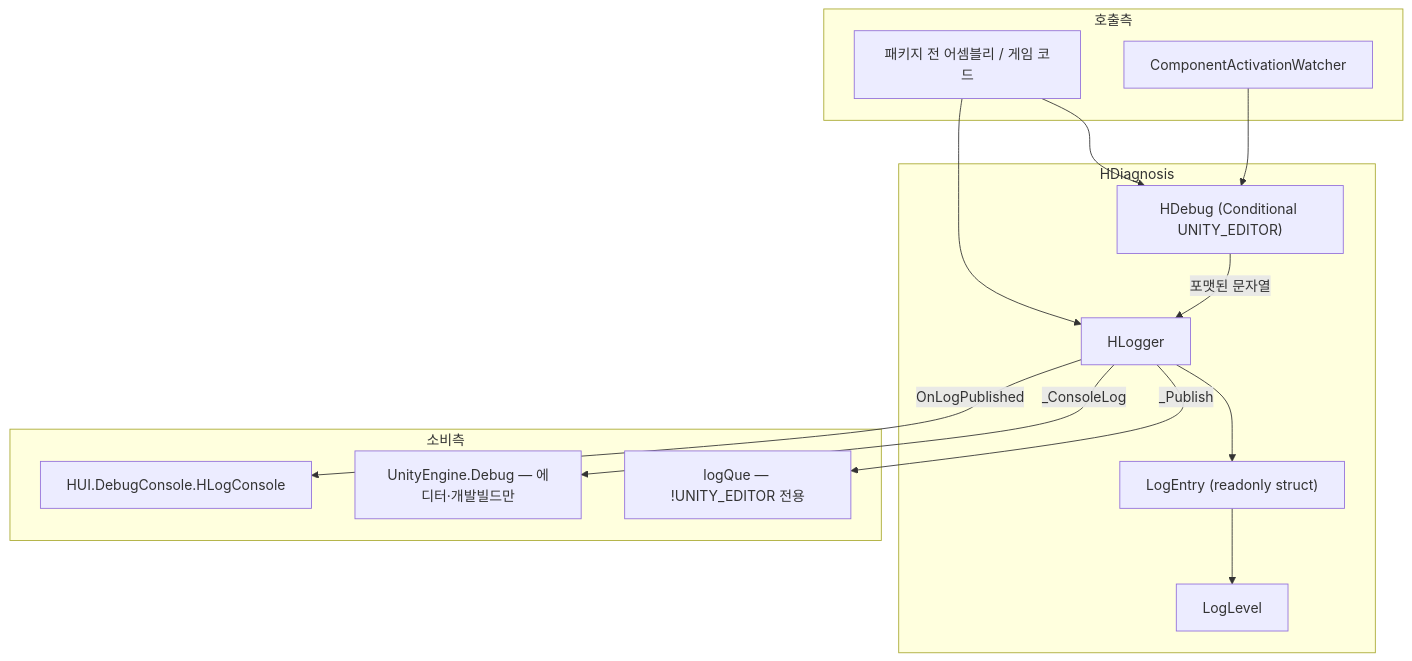
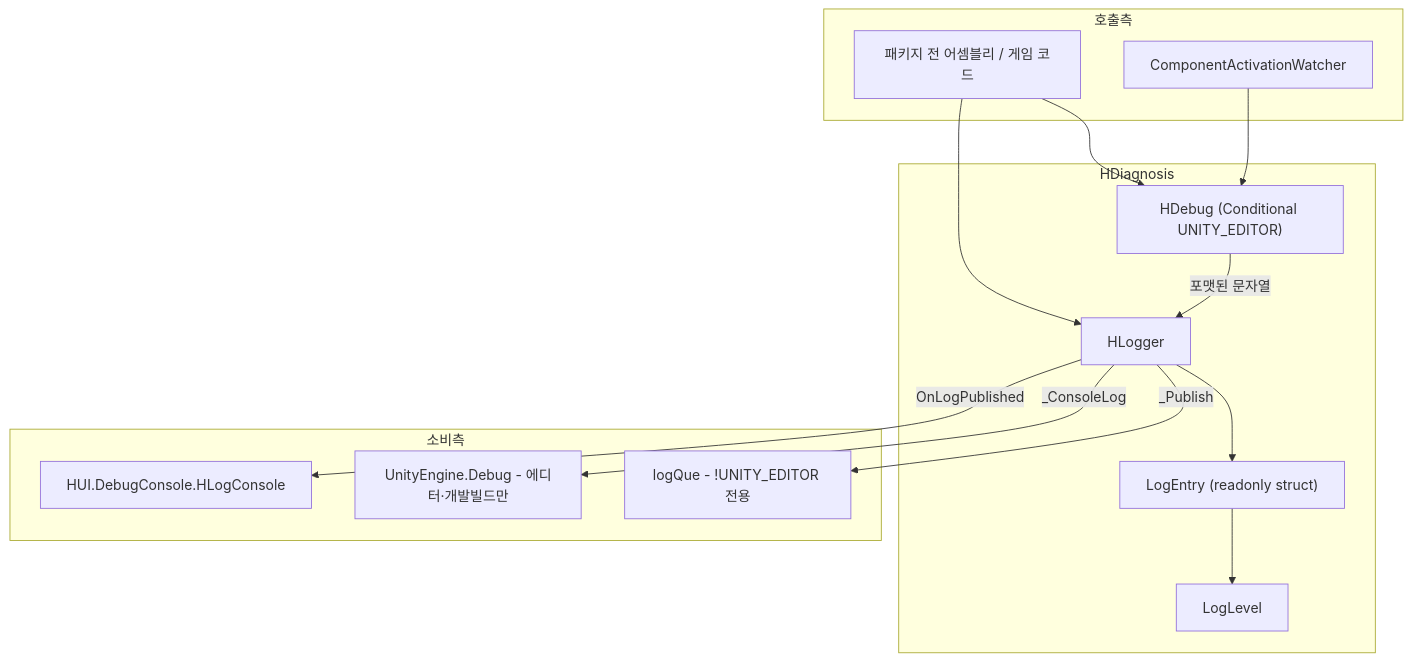
Before and after one commit to HoHong123/HCUP-Unity: the first of 2 diagrams in HDiagnosis/Runtime/README.md, drawn with Mermaid. The commit also changed other lines of this file, not shown here.

````diff
--- a/HDiagnosis/Runtime/README.md
+++ b/HDiagnosis/Runtime/README.md
@@ -37,28 +36,28 @@
 ```mermaid
 flowchart TD
     subgraph 호출측
     A["패키지 전 어셈블리 / 게임 코드"]
     W["ComponentActivationWatcher"]
     end
     subgraph HDiagnosis
     D["HDebug (Conditional UNITY_EDITOR)"]
     L["HLogger"]
     E["LogEntry (readonly struct)"]
     LV["LogLevel"]
     end
     subgraph 소비측
     C["HUI.DebugConsole.HLogConsole"]
-    U["UnityEngine.Debug — 에디터·개발빌드만"]
-    Q["logQue — !UNITY_EDITOR 전용"]
+    U["UnityEngine.Debug - 에디터·개발빌드만"]
+    Q["logQue - !UNITY_EDITOR 전용"]
     end
 
     A --> L
     A --> D
     W --> D
     D -->|"포맷된 문자열"| L
     L --> E
     E --> LV
     L -->|"OnLogPublished"| C
     L -->|"_ConsoleLog"| U
     L -->|"_Publish"| Q
 ```
````
